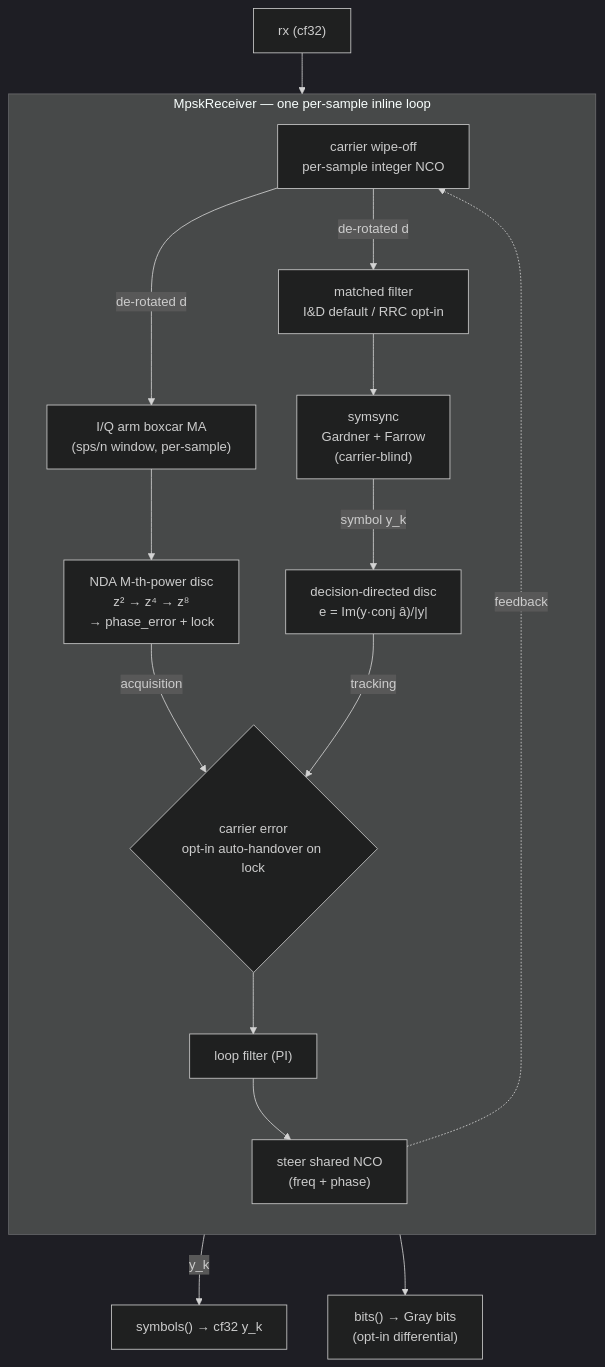
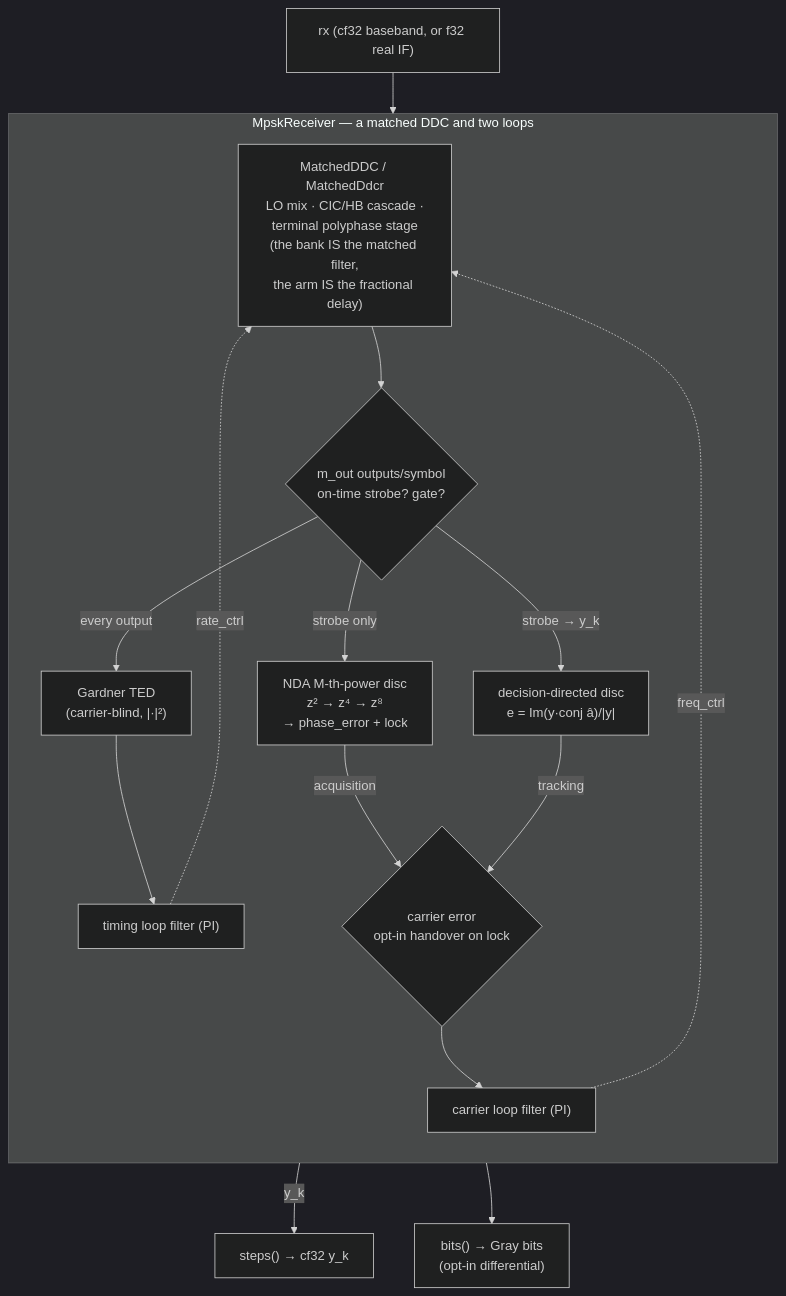
One commit to doppler-dsp/doppler changed the diagram in docs/design/mpsk.md. Above: the diagram before and after it, drawn with Mermaid (dark theme). The commit also changed other lines of this file and 94 other files, not shown here.

First line of the commit message:
feat(mpsk): rebuild MpskReceiver on the polyphase cascade, add MpskReceiverR, default m_out to 8 (#537)

````diff
--- a/docs/design/mpsk.md
+++ b/docs/design/mpsk.md
@@ -24,29 +29,28 @@
 ```mermaid
 flowchart TB
-    IN["rx (cf32)"]
-    subgraph RX["MpskReceiver — one per-sample inline loop"]
+    IN["rx (cf32 baseband, or f32 real IF)"]
+    subgraph RX["MpskReceiver — a matched DDC and two loops"]
         direction TB
-        WIPE["carrier wipe-off<br/>per-sample integer NCO"]
-        ARM["I/Q arm boxcar MA<br/>(sps/n window, per-sample)"]
+        FE["MatchedDDC / MatchedDdcr<br/>LO mix · CIC/HB cascade ·<br/>terminal polyphase stage<br/>(the bank IS the matched filter,<br/>the arm IS the fractional delay)"]
+        STROBE{"m_out outputs/symbol<br/>on-time strobe? gate?"}
+        TED["Gardner TED<br/>(carrier-blind, |·|²)"]
         NDA["NDA M-th-power disc<br/>z² → z⁴ → z⁸<br/>→ phase_error + lock"]
-        MF["matched filter<br/>I&D default / RRC opt-in"]
-        SS["symsync<br/>Gardner + Farrow<br/>(carrier-blind)"]
         DD["decision-directed disc<br/>e = Im(y·conj â)/|y|"]
-        SEL{"carrier error<br/>opt-in auto-handover on lock"}
-        LF["loop filter (PI)"]
-        STEER["steer shared NCO<br/>(freq + phase)"]
-        WIPE -->|"de-rotated d"| ARM
-        WIPE -->|"de-rotated d"| MF
-        ARM --> NDA
-        MF --> SS
-        SS -->|"symbol y_k"| DD
+        SEL{"carrier error<br/>opt-in handover on lock"}
+        TLF["timing loop filter (PI)"]
+        CLF["carrier loop filter (PI)"]
+        FE --> STROBE
+        STROBE -->|"every output"| TED
+        STROBE -->|"strobe only"| NDA
+        STROBE -->|"strobe → y_k"| DD
+        TED --> TLF
         NDA -->|"acquisition"| SEL
         DD -->|"tracking"| SEL
-        SEL --> LF
-        LF --> STEER
-        STEER -.->|"feedback"| WIPE
+        SEL --> CLF
+        TLF -.->|"rate_ctrl"| FE
+        CLF -.->|"freq_ctrl"| FE
     end
-    IN --> WIPE
-    SS -->|"y_k"| OUT["symbols() → cf32 y_k"]
-    SS --> BITS["bits() → Gray bits<br/>(opt-in differential)"]
+    IN --> FE
+    STROBE -->|"y_k"| OUT["steps() → cf32 y_k"]
+    STROBE --> BITS["bits() → Gray bits<br/>(opt-in differential)"]
 ```
````
